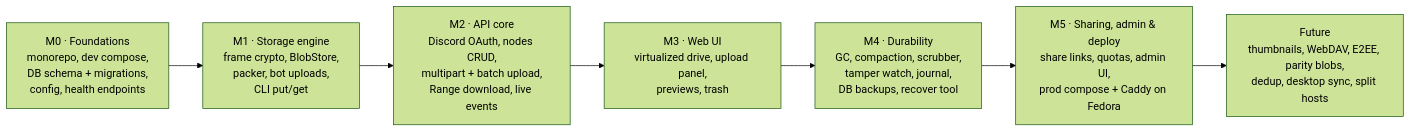
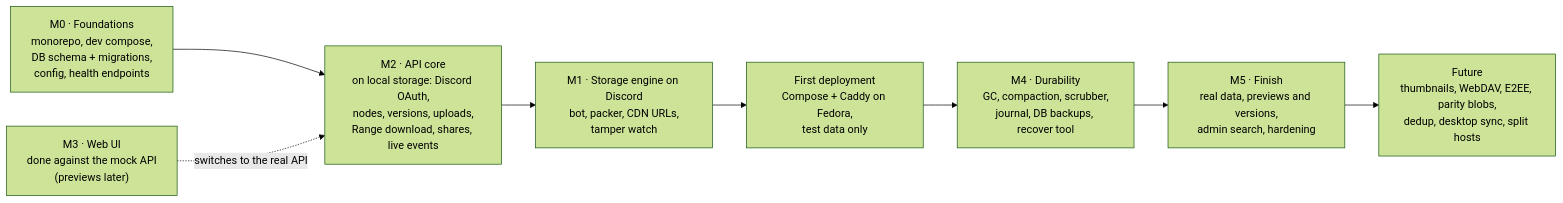
Before and after one commit to AlexB8675/DFS: the tenth of 10 diagrams in docs/DESIGN.md, drawn with Mermaid (forest theme). The commit also changed other lines of this file and 2 other files, not shown here.

````diff
--- a/docs/DESIGN.md
+++ b/docs/DESIGN.md
@@ -886,9 +899,10 @@
 ```mermaid
 flowchart LR
-    M0["M0 · Foundations<br/>monorepo, dev compose,<br/>DB schema + migrations,<br/>config, health endpoints"] --> M1["M1 · Storage engine<br/>frame crypto, BlobStore,<br/>packer, bot uploads,<br/>CLI put/get"]
-    M1 --> M2["M2 · API core<br/>Discord OAuth, nodes CRUD,<br/>multipart + batch upload,<br/>Range download, live events"]
-    M2 --> M3["M3 · Web UI<br/>virtualized drive, upload panel,<br/>previews, trash"]
-    M3 --> M4["M4 · Durability<br/>GC, compaction, scrubber,<br/>tamper watch, journal,<br/>DB backups, recover tool"]
-    M4 --> M5["M5 · Sharing, admin & deploy<br/>share links, quotas, admin UI,<br/>prod compose + Caddy on Fedora"]
+    M0["M0 · Foundations<br/>monorepo, dev compose,<br/>DB schema + migrations,<br/>config, health endpoints"] --> M2["M2 · API core<br/>on local storage: Discord OAuth,<br/>nodes, versions, uploads,<br/>Range download, shares, live events"]
+    M3["M3 · Web UI<br/>done against the mock API<br/>(previews later)"] -.->|"switches to the real API"| M2
+    M2 --> M1["M1 · Storage engine on Discord<br/>bot, packer, CDN URLs,<br/>tamper watch"]
+    M1 --> DEP["First deployment<br/>Compose + Caddy on Fedora,<br/>test data only"]
+    DEP --> M4["M4 · Durability<br/>GC, compaction, scrubber,<br/>journal, DB backups, recover tool"]
+    M4 --> M5["M5 · Finish<br/>real data, previews and versions,<br/>admin search, hardening"]
     M5 --> F["Future<br/>thumbnails, WebDAV, E2EE, parity blobs,<br/>dedup, desktop sync, split hosts"]
 ```
````
